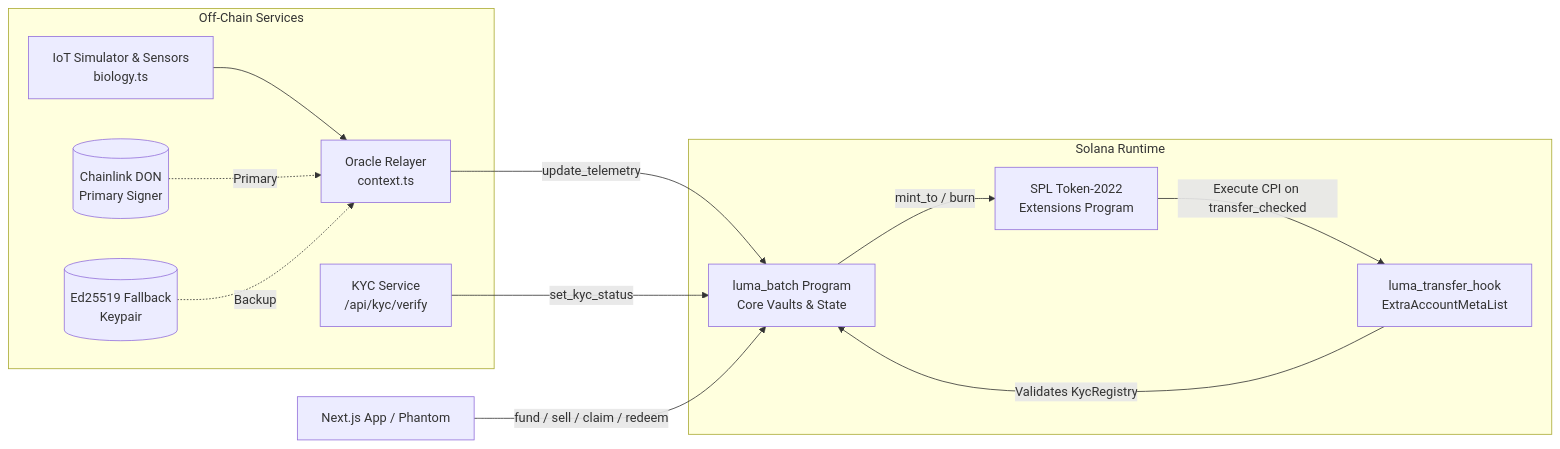
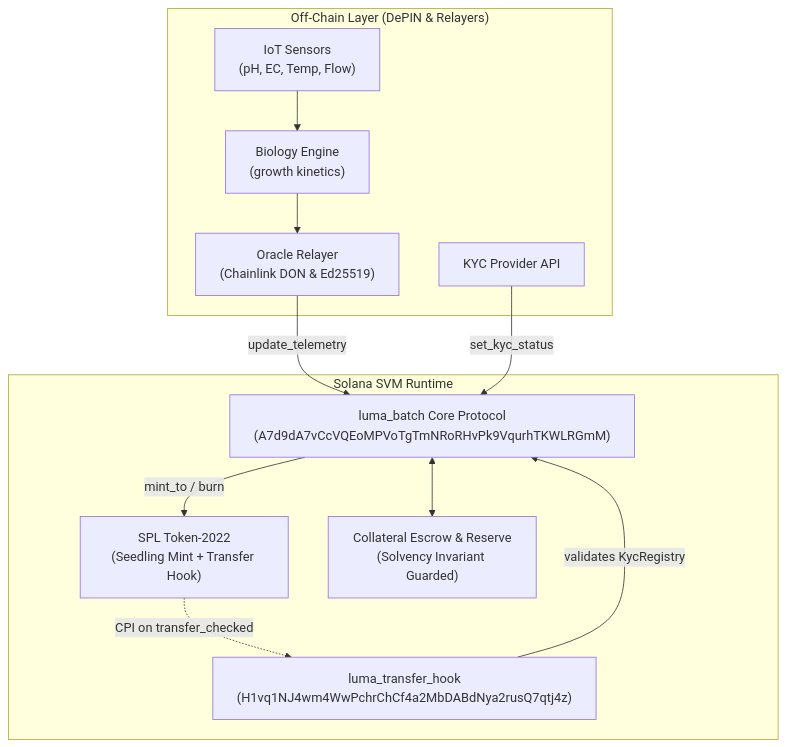
The diagram in README.md (H-ERDEM/luma), drawn with Mermaid before and after one commit. The commit also changed other lines of this file, not shown here.

````diff
--- a/README.md
+++ b/README.md
@@ -95,22 +45,22 @@
 ```mermaid
-flowchart LR
-  subgraph Off-Chain Services
-    IOT[IoT Simulator & Sensors<br/>biology.ts] --> ORA[Oracle Relayer<br/>context.ts]
-    DON[(Chainlink DON<br/>Primary Signer)] -. Primary .-> ORA
-    FB[(Ed25519 Fallback<br/>Keypair)] -. Backup .-> ORA
-    KYCP[KYC Service<br/>/api/kyc/verify]
-  end
+flowchart TD
+    subgraph OffChain["Off-Chain Layer (DePIN & Relayers)"]
+        Sensors["IoT Sensors<br/>(pH, EC, Temp, Flow)"] --> Simulator["Biology Engine<br/>(growth kinetics)"]
+        Simulator --> Relayer["Oracle Relayer<br/>(Chainlink DON & Ed25519)"]
+        KYC["KYC Provider API"]
+    end
 
-  subgraph Solana Runtime
-    LB[luma_batch Program<br/>Core Vaults & State]
-    HK[luma_transfer_hook<br/>ExtraAccountMetaList]
-    T22[SPL Token-2022<br/>Extensions Program]
-  end
+    subgraph Solana["Solana SVM Runtime"]
+        LB["luma_batch Core Protocol<br/>(A7d9dA7vCcVQEoMPVoTgTmNRoRHvPk9VqurhTKWLRGmM)"]
+        HK["luma_transfer_hook<br/>(H1vq1NJ4wm4WwPchrChCf4a2MbDABdNya2rusQ7qtj4z)"]
+        T22["SPL Token-2022<br/>(Seedling Mint + Transfer Hook)"]
+        Vault["Collateral Escrow & Reserve<br/>(Solvency Invariant Guarded)"]
+    end
 
-  ORA -- update_telemetry --> LB
-  KYCP -- set_kyc_status --> LB
-  UI[Next.js App / Phantom] -- fund / sell / claim / redeem --> LB
-  LB -- mint_to / burn --> T22
-  T22 -- Execute CPI on transfer_checked --> HK
-  HK -- Validates KycRegistry --> LB
+    Relayer -- "update_telemetry" --> LB
+    KYC -- "set_kyc_status" --> LB
+    LB -- "mint_to / burn" --> T22
+    T22 -. "CPI on transfer_checked" .-> HK
+    HK -- "validates KycRegistry" --> LB
+    LB <--> Vault
 ```
````
